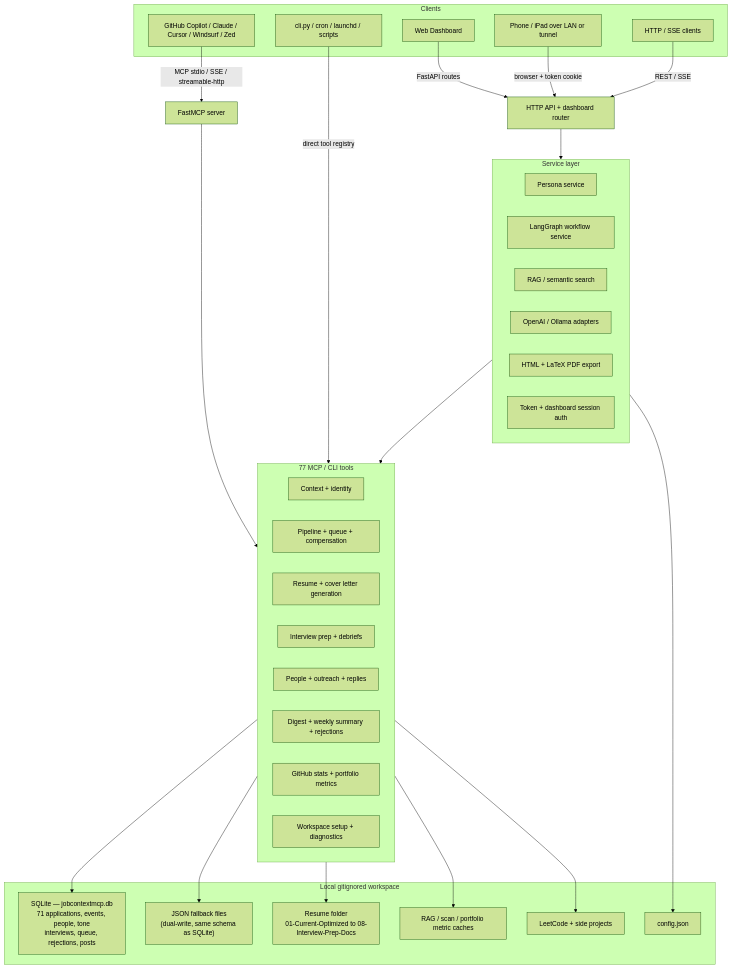
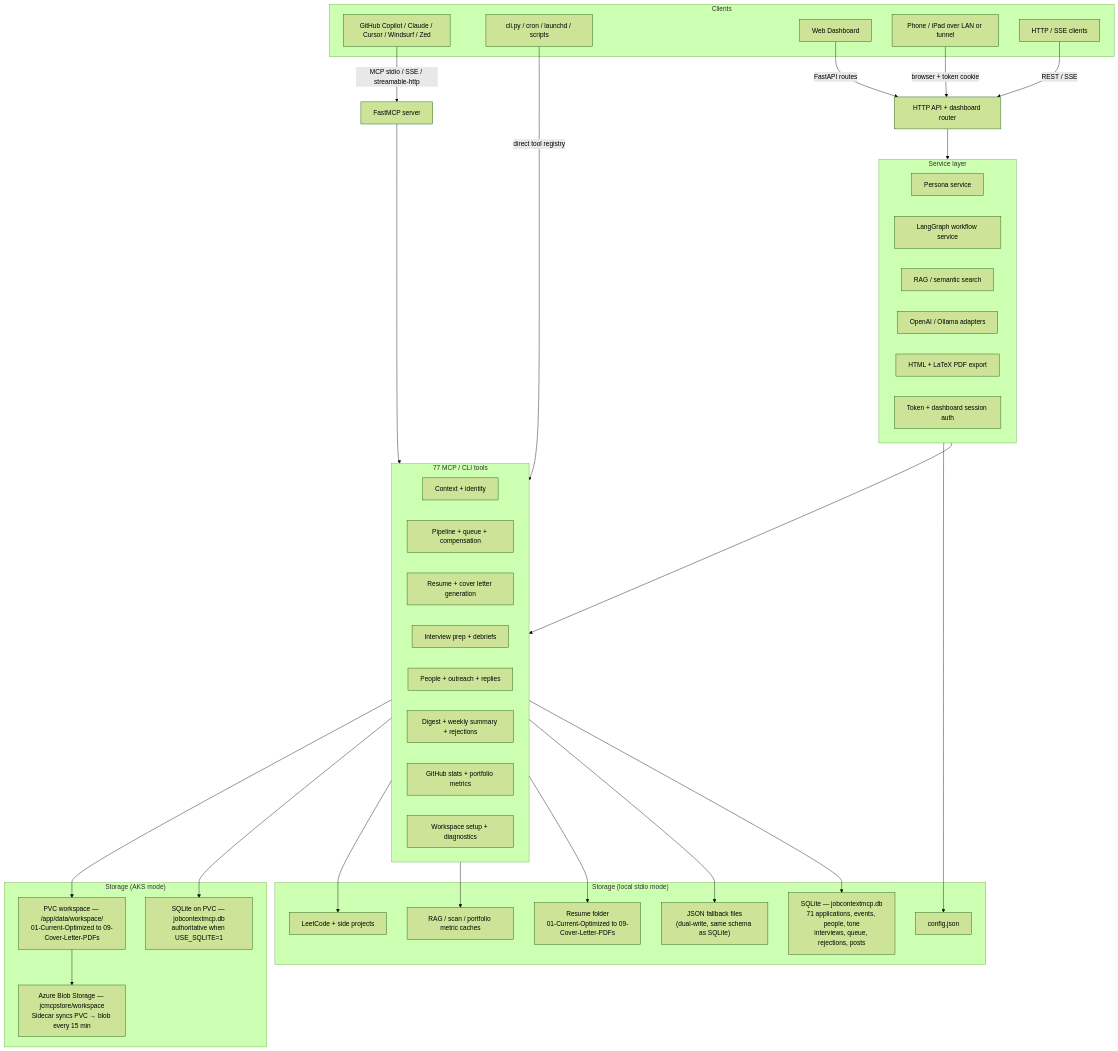
The first of 2 diagrams in README.md (JustLikeFrank3/jobContextMCP), drawn with Mermaid (forest theme) before and after one commit. The commit also changed other lines of this file and 1 other file, not shown here.

Commit message:
docs: update README/CHANGELOG for workspace-sync sidecar, SQLITE_ONLY, port-forward task, full blob sync

````diff
--- a/README.md
+++ b/README.md
@@ -91,56 +91,65 @@
 ```mermaid
 graph TB
   subgraph CLIENTS["Clients"]
     COPILOT["GitHub Copilot / Claude / Cursor / Windsurf / Zed"]
     CLI["cli.py / cron / launchd / scripts"]
     DASH["Web Dashboard"]
     PHONE["Phone / iPad over LAN or tunnel"]
     HTTPCLIENT["HTTP / SSE clients"]
   end
 
   COPILOT -->|"MCP stdio / SSE / streamable-http"| MCP["FastMCP server"]
   CLI -->|"direct tool registry"| TOOLS
   DASH -->|"FastAPI routes"| HTTP["HTTP API + dashboard router"]
   PHONE -->|"browser + token cookie"| HTTP
   HTTPCLIENT -->|"REST / SSE"| HTTP
 
   HTTP --> SERVICES
   MCP --> TOOLS
   SERVICES --> TOOLS
 
   subgraph SERVICES["Service layer"]
     PERSONA["Persona service"]
     WORKFLOW["LangGraph workflow service"]
     RAG["RAG / semantic search"]
     LLM["OpenAI / Ollama adapters"]
     PDF["HTML + LaTeX PDF export"]
     AUTH["Token + dashboard session auth"]
   end
 
   subgraph TOOLS["77 MCP / CLI tools"]
     CTX["Context + identity"]
     PIPE["Pipeline + queue + compensation"]
     DOCS["Resume + cover letter generation"]
     INTERVIEW["Interview prep + debriefs"]
     OUTREACH["People + outreach + replies"]
     ANALYTICS["Digest + weekly summary + rejections"]
     PORTFOLIO["GitHub stats + portfolio metrics"]
     SETUP["Workspace setup + diagnostics"]
   end
 
-  subgraph FILES["Local gitignored workspace"]
+  subgraph FILES["Storage (local stdio mode)"]
     CONFIG["config.json"]
     SQLITE["SQLite — jobcontextmcp.db\n71 applications, events, people, tone\ninterviews, queue, rejections, posts"]
     DATA["JSON fallback files\n(dual-write, same schema as SQLite)"]
-    MATERIALS["Resume folder\n01-Current-Optimized to 08-Interview-Prep-Docs"]
+    MATERIALS["Resume folder\n01-Current-Optimized to 09-Cover-Letter-PDFs"]
     INDEX["RAG / scan / portfolio metric caches"]
     PROJECTS["LeetCode + side projects"]
+  end
+
+  subgraph AKS_FILES["Storage (AKS mode)"]
+    AKS_DB["SQLite on PVC — jobcontextmcp.db\nauthoritative when USE_SQLITE=1"]
+    AKS_WS["PVC workspace — /app/data/workspace/\n01-Current-Optimized to 09-Cover-Letter-PDFs"]
+    BLOB["Azure Blob Storage — jcmcpstore/workspace\nSidecar syncs PVC → blob every 15 min"]
   end
 
   SERVICES --> CONFIG
   TOOLS --> SQLITE
   TOOLS --> DATA
   TOOLS --> MATERIALS
   TOOLS --> INDEX
   TOOLS --> PROJECTS
+  TOOLS --> AKS_DB
+  TOOLS --> AKS_WS
+  AKS_WS --> BLOB
 ```
````
